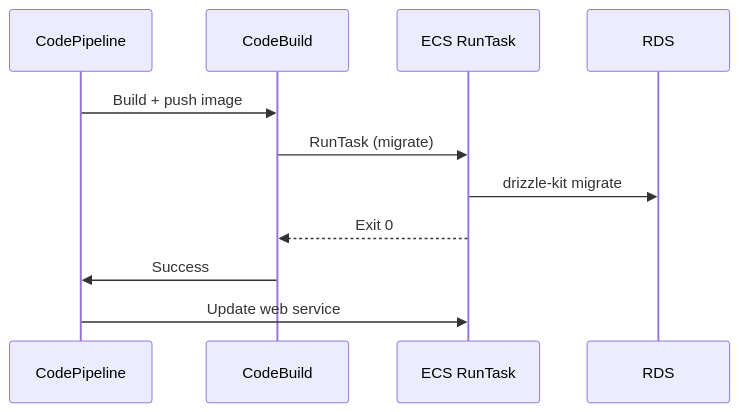
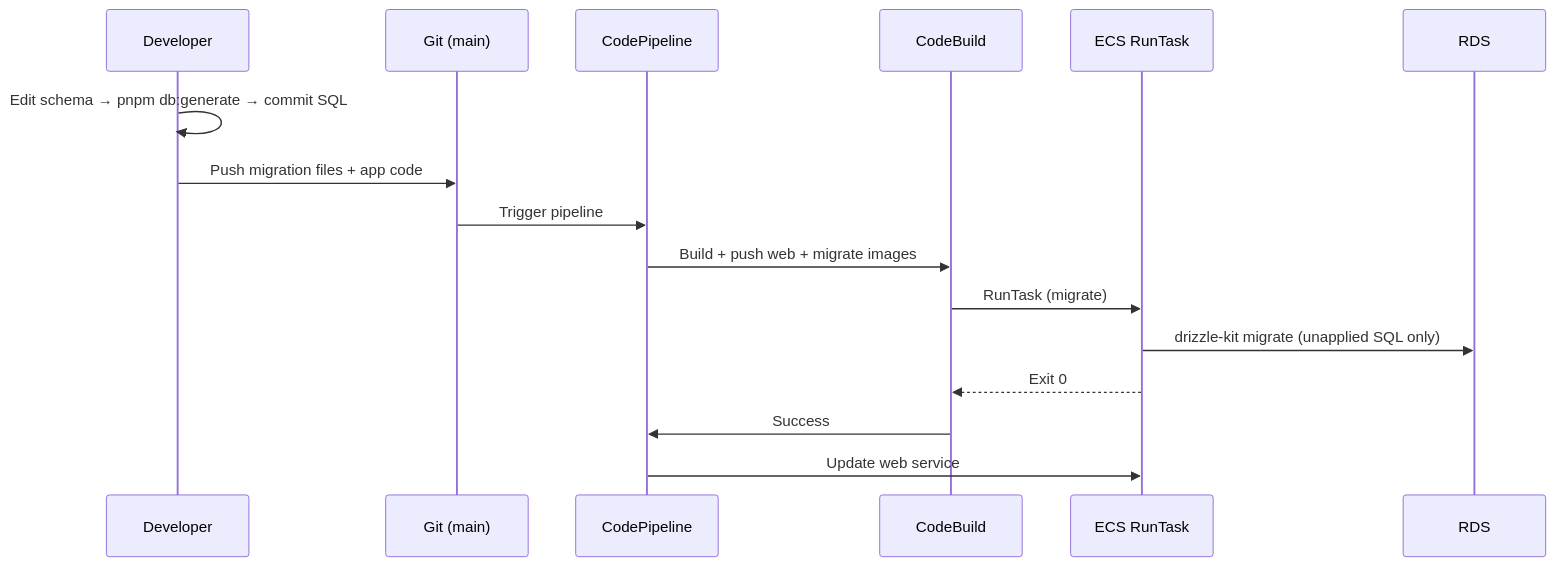
The third of 3 diagrams in .docs/aws-deployment-plan.md (Experenta/harvverse-mono), drawn with Mermaid before and after one commit. The commit also changed other lines of this file and 31 other files, not shown here.

First line of the commit message:
Add ECS-backed Drizzle migration infrastructure

````diff
--- a/.docs/aws-deployment-plan.md
+++ b/.docs/aws-deployment-plan.md
@@ -865,14 +896,19 @@
 ```mermaid
 sequenceDiagram
+  participant Dev as Developer
+  participant Git as Git (main)
   participant PL as CodePipeline
   participant CB as CodeBuild
   participant ECS as ECS RunTask
   participant RDS as RDS
 
-  PL->>CB: Build + push image
+  Dev->>Dev: Edit schema → pnpm db:generate → commit SQL
+  Dev->>Git: Push migration files + app code
+  Git->>PL: Trigger pipeline
+  PL->>CB: Build + push web + migrate images
   CB->>ECS: RunTask (migrate)
-  ECS->>RDS: drizzle-kit migrate
+  ECS->>RDS: drizzle-kit migrate (unapplied SQL only)
   ECS-->>CB: Exit 0
   CB->>PL: Success
   PL->>ECS: Update web service
 ```
````
